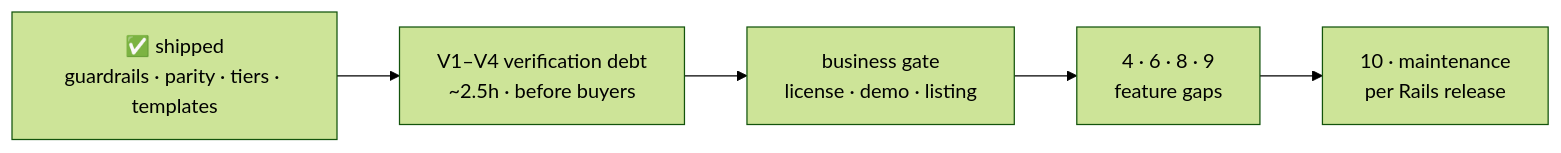
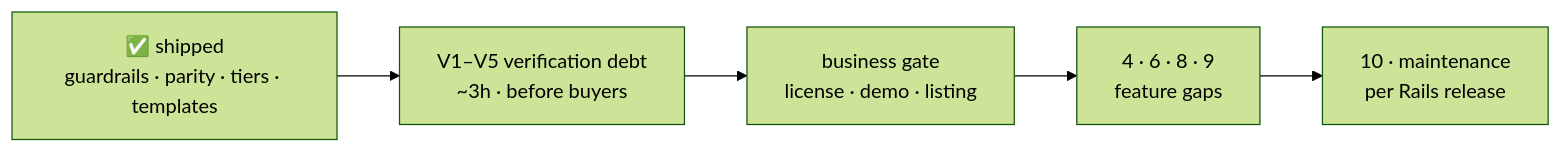
The third of 3 diagrams in docs/inventory.md (PositiveControl/rails-rocket-sheep), drawn with Mermaid (forest theme) before and after one commit. The commit also changed other lines of this file and 31 other files, not shown here.

````diff
--- a/docs/inventory.md
+++ b/docs/inventory.md
@@ -247,7 +254,7 @@
 ```mermaid
 flowchart LR
-  DONE["✅ shipped<br/>guardrails · parity · tiers · templates"] --> V["V1–V4 verification debt<br/>~2.5h · before buyers"]
+  DONE["✅ shipped<br/>guardrails · parity · tiers · templates"] --> V["V1–V5 verification debt<br/>~3h · before buyers"]
   V --> BIZ["business gate<br/>license · demo · listing"]
   BIZ --> T4["4 · 6 · 8 · 9<br/>feature gaps"]
   T4 --> M["10 · maintenance<br/>per Rails release"]
 ```
````
